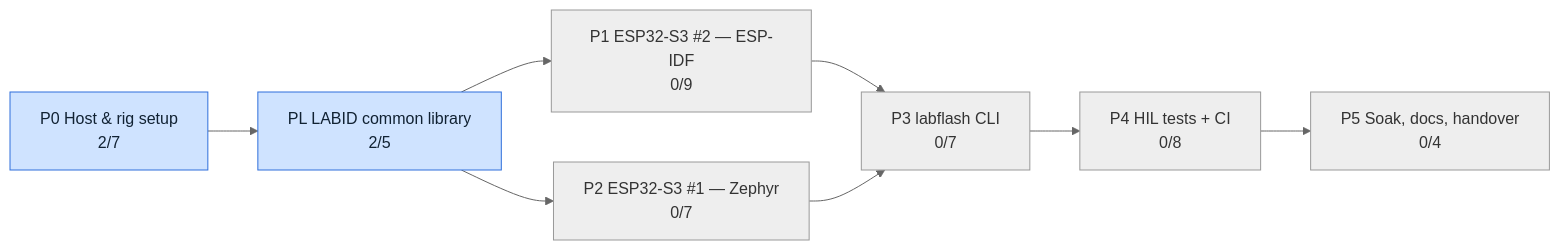
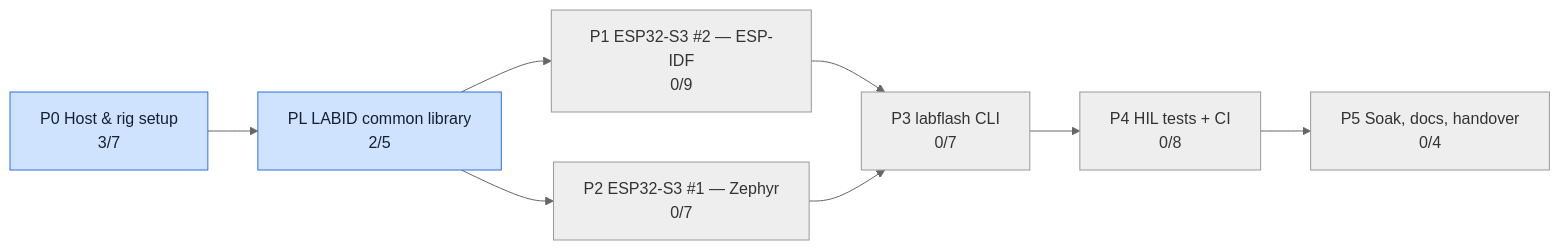
Before and after one commit to mohamed-soubhi/bootlab-esp: the second of 3 diagrams in tickets/TICKETS.md, drawn with Mermaid (neutral theme). The commit also changed other lines of this file and 2 other files, not shown here.

````diff
--- a/tickets/TICKETS.md
+++ b/tickets/TICKETS.md
@@ -30,21 +30,21 @@
 ```mermaid
 flowchart LR
-    E0["P0 Host & rig setup<br/>2/7"]:::doing
+    E0["P0 Host & rig setup<br/>3/7"]:::doing
     EL["PL LABID common library<br/>2/5"]:::doing
     E1["P1 ESP32-S3 #2 — ESP-IDF<br/>0/9"]:::todo
     E2["P2 ESP32-S3 #1 — Zephyr<br/>0/7"]:::todo
     E3["P3 labflash CLI<br/>0/7"]:::todo
     E4["P4 HIL tests + CI<br/>0/8"]:::todo
     E5["P5 Soak, docs, handover<br/>0/4"]:::todo
     E0 --> EL
     E1 --> E3
     E2 --> E3
     E3 --> E4
     E4 --> E5
     EL --> E1
     EL --> E2
     classDef todo fill:#eeeeee,stroke:#999,color:#333
     classDef doing fill:#cfe3ff,stroke:#2f6fdb,color:#123
     classDef blocked fill:#ffd6d6,stroke:#c62828,color:#400
     classDef done fill:#d4f5d4,stroke:#2e7d32,color:#132
 ```
````
